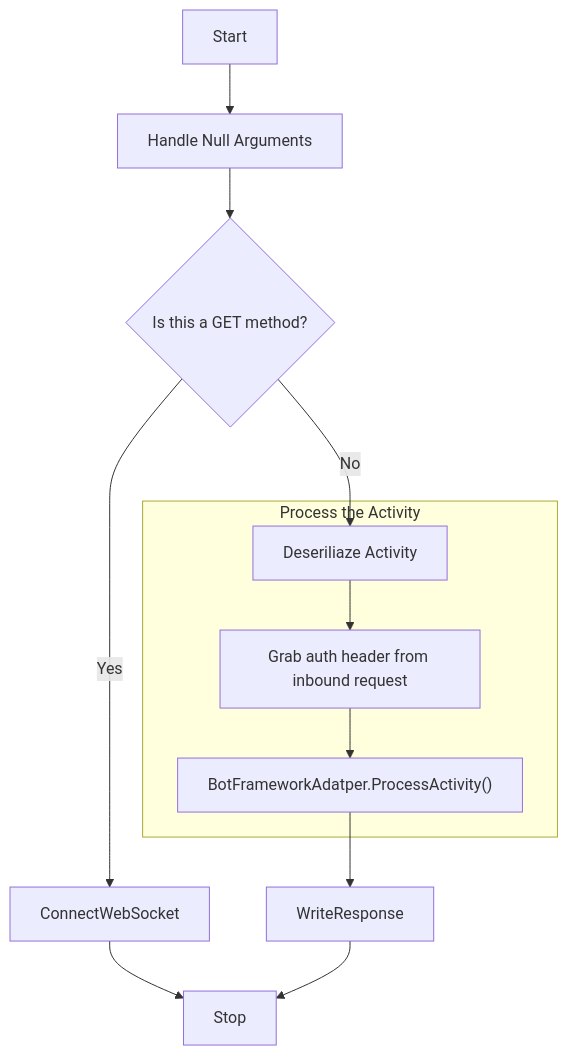
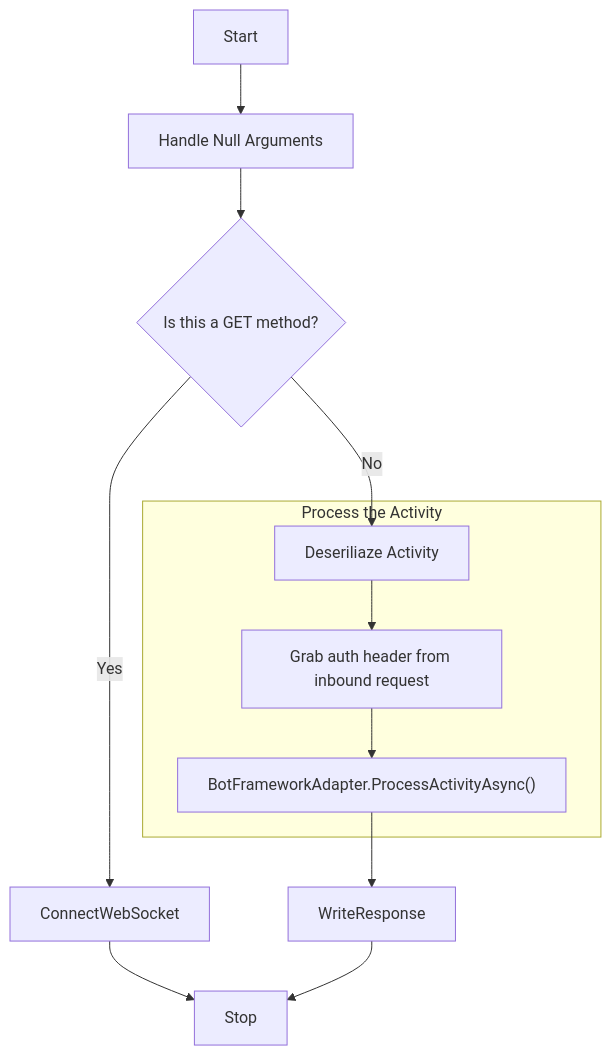
Before and after one commit to Zerryth/Mermaid: the diagram in MarkdownFiles/ActivityFlow/ProcessAsync.md, drawn with Mermaid. The commit also changed 2 other files, not shown here.

Commit message:
Correct typo to BotFrameworkAdapter.ProcessActivityAsync()

````diff
--- a/MarkdownFiles/ActivityFlow/ProcessAsync.md
+++ b/MarkdownFiles/ActivityFlow/ProcessAsync.md
@@ -3,14 +3,14 @@
 ```mermaid
     graph TD
     Start --> NullArgs[Handle Null Arguments]
     NullArgs --> IsGet{Is this a GET method?}
     IsGet -->|Yes| ConnectWebSocket
     IsGet -->|No| Deserialize[Deseriliaze Activity]
     subgraph Process the Activity
     Deserialize --> Auth[Grab auth header from inbound request]
-    Auth --> ProcessActivityAsync["BotFrameworkAdatper.ProcessActivity()"]
+    Auth --> ProcessActivityAsync["BotFrameworkAdapter.ProcessActivityAsync()"]
     end
     ProcessActivityAsync --> WriteResponse
     ConnectWebSocket --> Stop
     WriteResponse --> Stop
 ```
````
